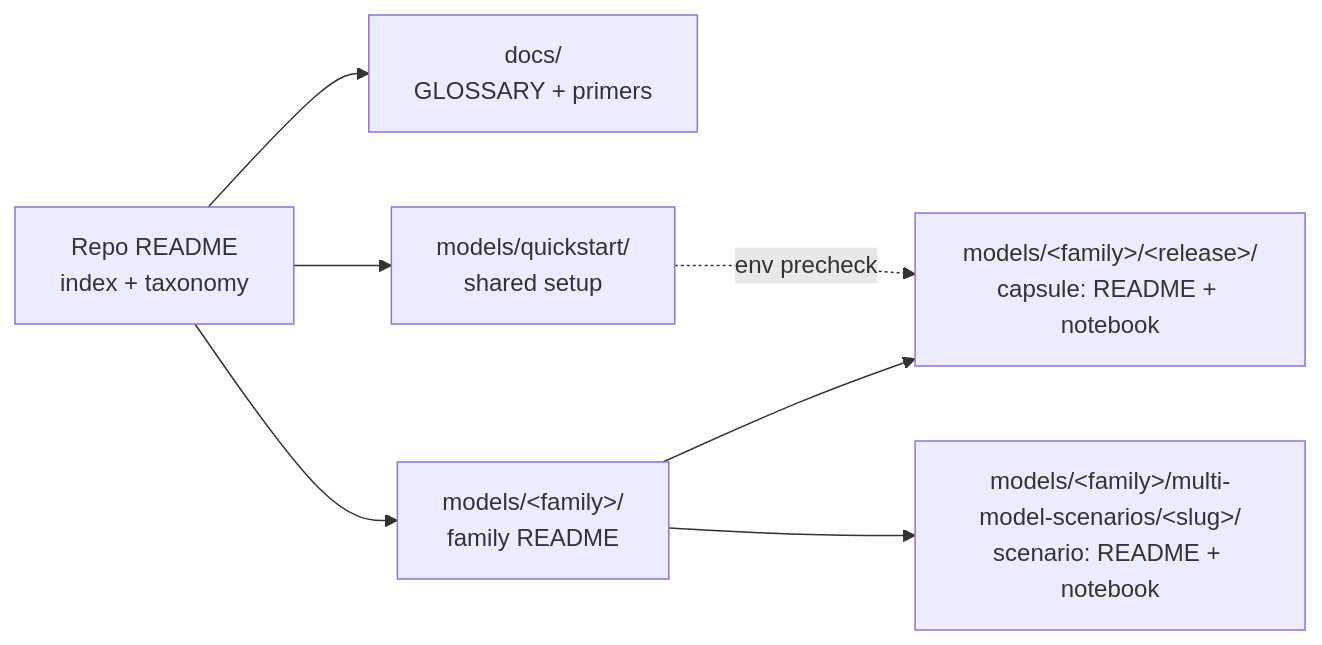
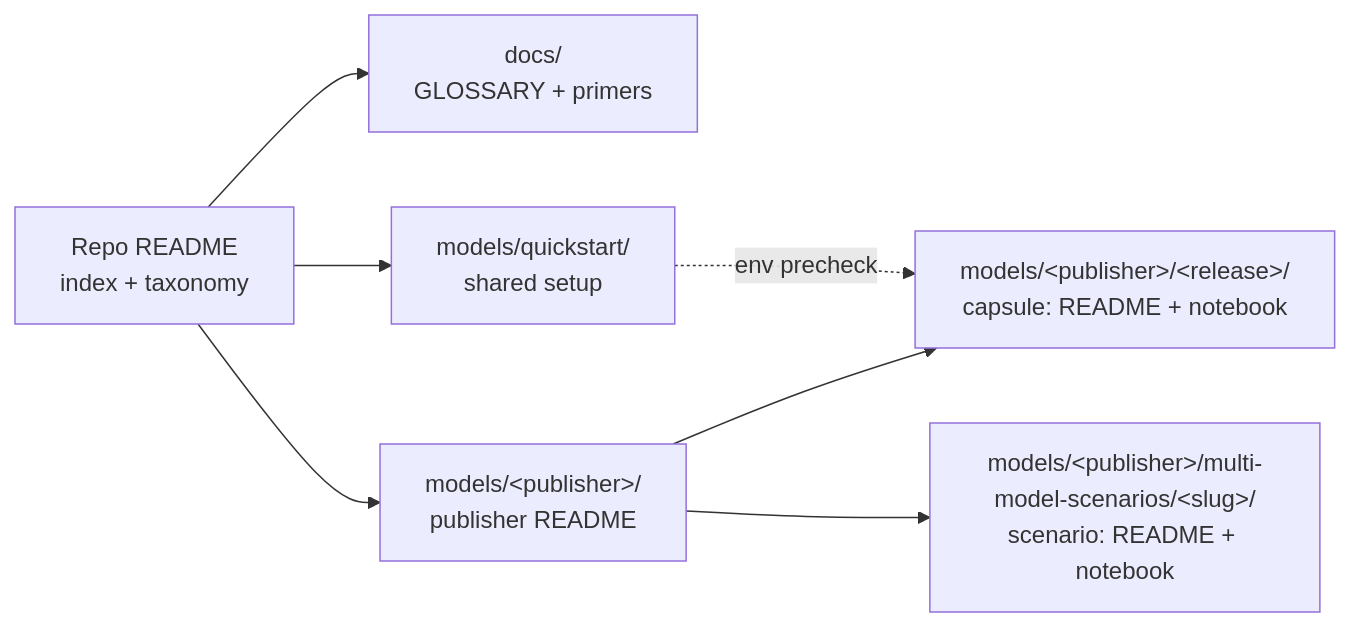
The first of 2 diagrams in docs/README.md (microsoft-foundry/model-releases), drawn with Mermaid before and after one commit. The commit also changed other lines of this file and 41 other files, not shown here.

````diff
--- a/docs/README.md
+++ b/docs/README.md
@@ -26,9 +26,9 @@
 ```mermaid
 flowchart LR
     R[Repo README<br/>index + taxonomy] --> D[docs/<br/>GLOSSARY + primers]
     R --> Q[models/quickstart/<br/>shared setup]
-    R --> F[models/&lt;family&gt;/<br/>family README]
-    F --> C[models/&lt;family&gt;/&lt;release&gt;/<br/>capsule: README + notebook]
-    F --> S[models/&lt;family&gt;/multi-model-scenarios/&lt;slug&gt;/<br/>scenario: README + notebook]
+    R --> F[models/&lt;publisher&gt;/<br/>publisher README]
+    F --> C[models/&lt;publisher&gt;/&lt;release&gt;/<br/>capsule: README + notebook]
+    F --> S[models/&lt;publisher&gt;/multi-model-scenarios/&lt;slug&gt;/<br/>scenario: README + notebook]
     Q -.env precheck.-> C
 ```
````
